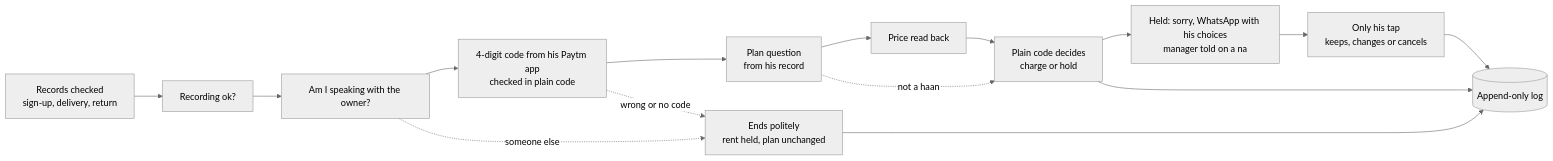
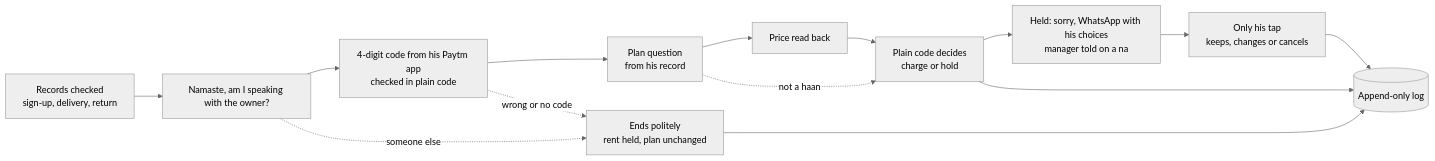
Before and after one commit to vyagh/paytm-soundbox-settled: the diagram in README.md, drawn with Mermaid (neutral theme). The commit also changed other lines of this file and 14 other files, not shown here.

````diff
--- a/README.md
+++ b/README.md
@@ -19,17 +19,16 @@
 ```mermaid
 flowchart LR
-    A["Records checked<br/>sign-up, delivery, return"] --> B["Recording ok?"]
-    B --> C["Am I speaking with the owner?"]
+    A["Records checked<br/>sign-up, delivery, return"] --> C["Namaste, am I speaking with the owner?"]
     C --> D["4-digit code from his Paytm app<br/>checked in plain code"]
     D --> E["Plan question<br/>from his record"]
     E --> F["Price read back"]
     F --> G["Plain code decides<br/>charge or hold"]
     E -. not a haan .-> G
     C -. someone else .-> X["Ends politely<br/>rent held, plan unchanged"]
     D -. wrong or no code .-> X
     G --> H["Held: sorry, WhatsApp with his choices<br/>manager told on a na"]
     H --> I["Only his tap<br/>keeps, changes or cancels"]
     G --> L[("Append-only log")]
     X --> L
     I --> L
 ```
````
